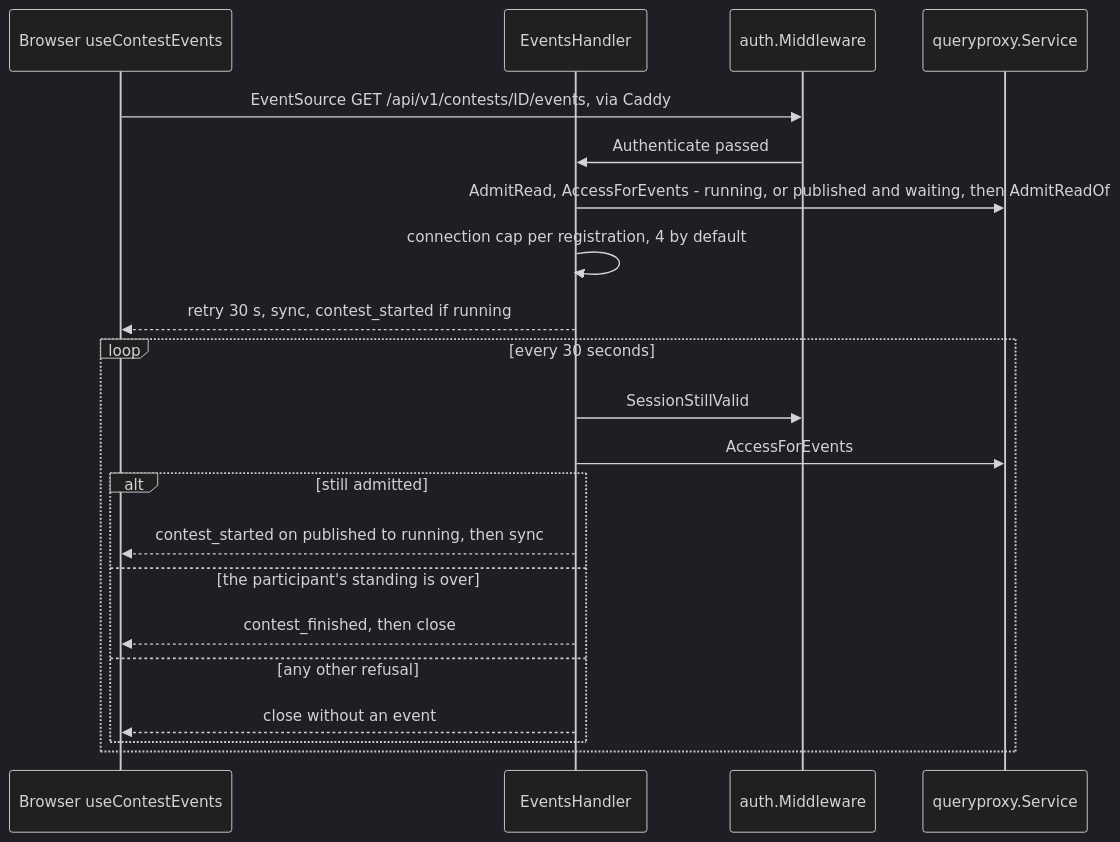
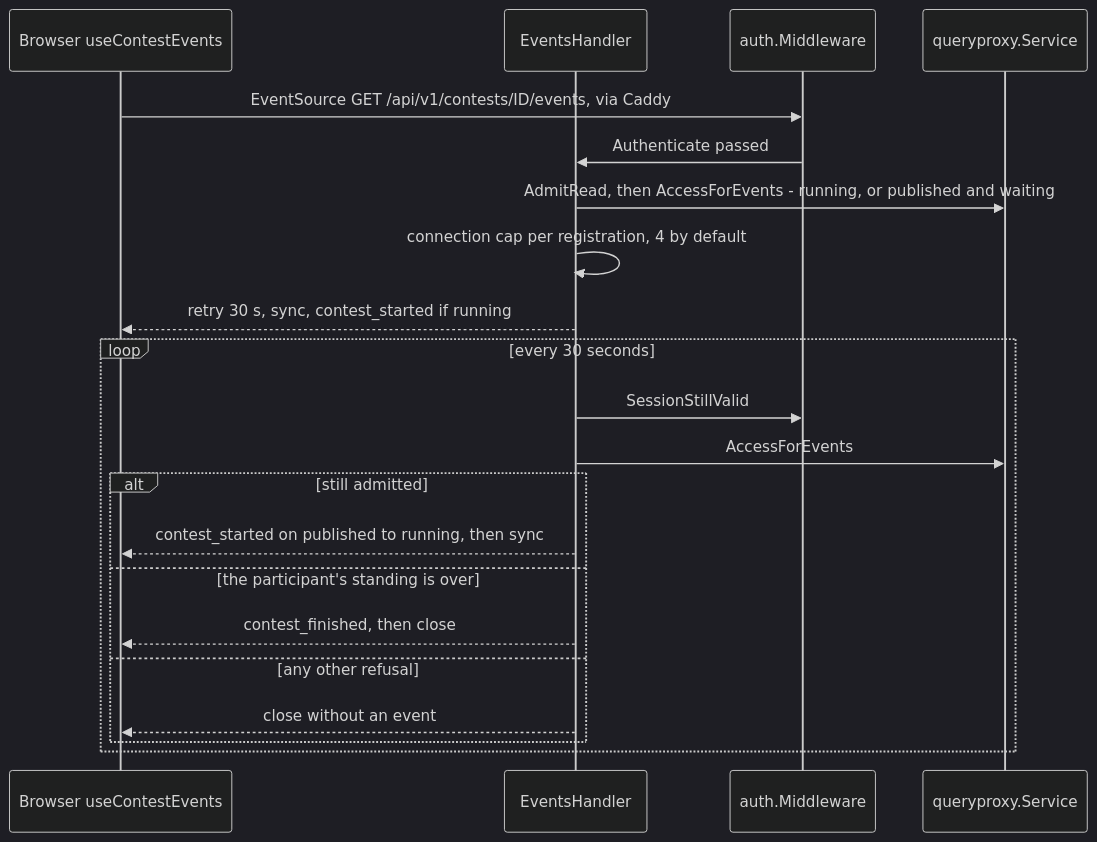
One commit to devrdn/olymp-db-platform changed diagram 13 of 14 in docs/guide/03-flows.md. Above: the diagram before and after it, drawn with Mermaid (dark theme). The commit also changed other lines of this file and 24 other files, not shown here.

````diff
--- a/docs/guide/03-flows.md
+++ b/docs/guide/03-flows.md
@@ -803,24 +803,24 @@
 ```mermaid
 sequenceDiagram
     participant B as Browser useContestEvents
     participant E as EventsHandler
     participant M as auth.Middleware
     participant Q as queryproxy.Service
 
     B->>M: EventSource GET /api/v1/contests/ID/events, via Caddy
     M->>E: Authenticate passed
-    E->>Q: AdmitRead, AccessForEvents - running, or published and waiting, then AdmitReadOf
+    E->>Q: AdmitRead, then AccessForEvents - running, or published and waiting
     E->>E: connection cap per registration, 4 by default
     E-->>B: retry 30 s, sync, contest_started if running
     loop every 30 seconds
         E->>M: SessionStillValid
         E->>Q: AccessForEvents
         alt still admitted
             E-->>B: contest_started on published to running, then sync
         else the participant's standing is over
             E-->>B: contest_finished, then close
         else any other refusal
             E-->>B: close without an event
         end
     end
 ```
````
